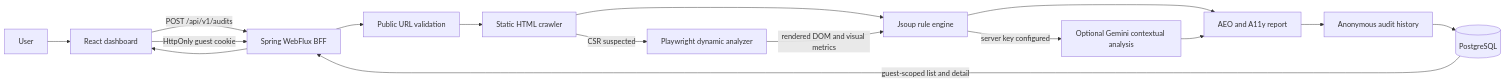
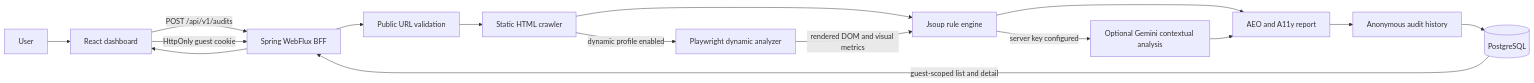
One commit to hoyeol0513/AEOLens changed the diagram in docs/architecture.md. Above: the diagram before and after it, drawn with Mermaid. The commit also changed other lines of this file and 7 other files, not shown here.

````diff
--- a/docs/architecture.md
+++ b/docs/architecture.md
@@ -16,18 +16,18 @@
 ```mermaid
 flowchart LR
     U[User] --> F[React dashboard]
     F -->|POST /api/v1/audits| B[Spring WebFlux BFF]
     F -->|HttpOnly guest cookie| B
     B --> V[Public URL validation]
     V --> C[Static HTML crawler]
     C --> J[Jsoup rule engine]
+    C -->|dynamic profile enabled| P[Playwright dynamic analyzer]
+    P -->|rendered DOM and visual metrics| J
     J --> R
     J -->|server key configured| G[Optional Gemini contextual analysis]
     G --> R[AEO and A11y report]
     R --> H[Anonymous audit history]
     H --> D[(PostgreSQL)]
     D -->|guest-scoped list and detail| B
     B --> F
-    C -->|CSR suspected| P[Playwright dynamic analyzer]
-    P -->|rendered DOM and visual metrics| J
 ```
````
